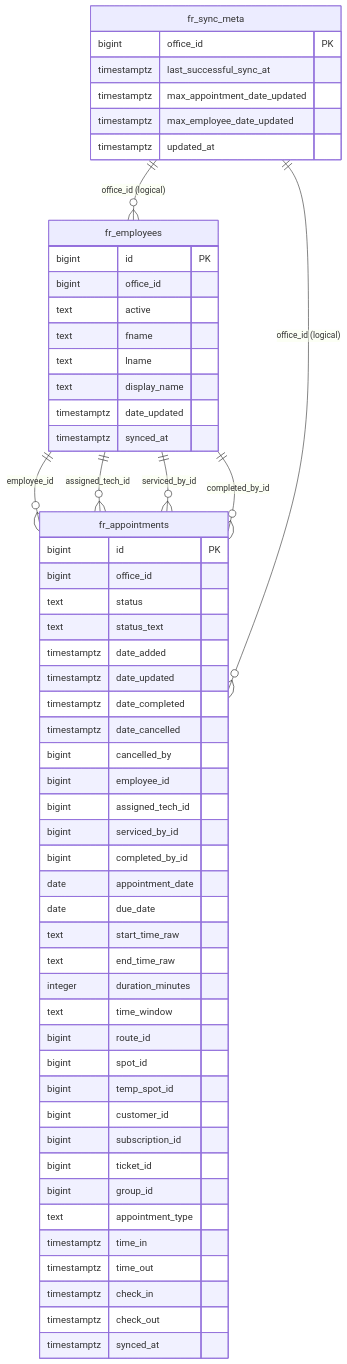
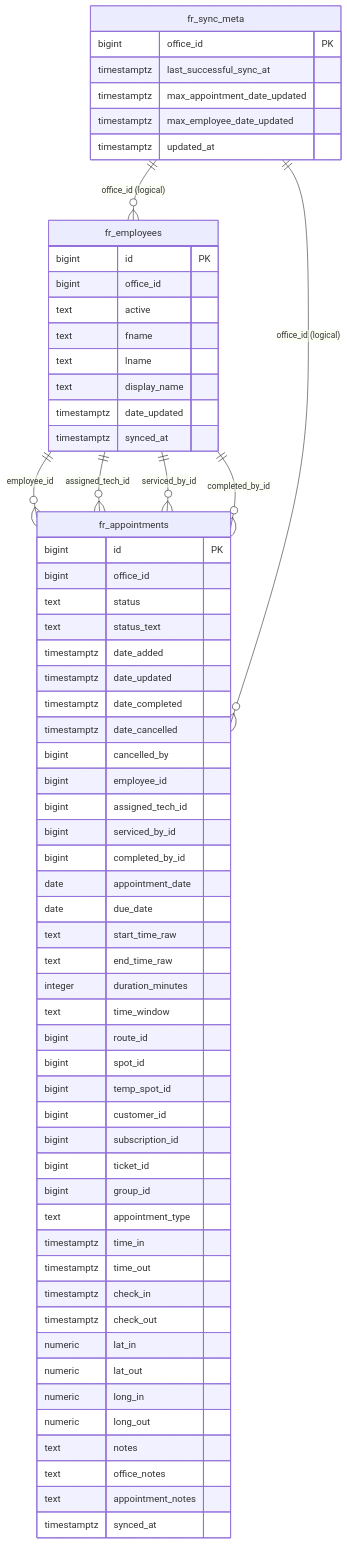
The diagram in supabase/FR_WORKFLOW_SCHEMA_VISUAL.md (Welaunch-AI/proforce-map), drawn with Mermaid before and after one commit. The commit also changed other lines of this file and 6 other files, not shown here.

````diff
--- a/supabase/FR_WORKFLOW_SCHEMA_VISUAL.md
+++ b/supabase/FR_WORKFLOW_SCHEMA_VISUAL.md
@@ -9,63 +12,70 @@
 ```mermaid
 erDiagram
   fr_employees {
     bigint id PK
     bigint office_id
     text active
     text fname
     text lname
     text display_name
     timestamptz date_updated
     timestamptz synced_at
   }
 
   fr_appointments {
     bigint id PK
     bigint office_id
     text status
     text status_text
     timestamptz date_added
     timestamptz date_updated
     timestamptz date_completed
     timestamptz date_cancelled
     bigint cancelled_by
     bigint employee_id
     bigint assigned_tech_id
     bigint serviced_by_id
     bigint completed_by_id
     date appointment_date
     date due_date
     text start_time_raw
     text end_time_raw
     integer duration_minutes
     text time_window
     bigint route_id
     bigint spot_id
     bigint temp_spot_id
     bigint customer_id
     bigint subscription_id
     bigint ticket_id
     bigint group_id
     text appointment_type
     timestamptz time_in
     timestamptz time_out
     timestamptz check_in
     timestamptz check_out
+    numeric lat_in
+    numeric lat_out
+    numeric long_in
+    numeric long_out
+    text notes
+    text office_notes
+    text appointment_notes
     timestamptz synced_at
   }
 
   fr_sync_meta {
     bigint office_id PK
     timestamptz last_successful_sync_at
     timestamptz max_appointment_date_updated
     timestamptz max_employee_date_updated
     timestamptz updated_at
   }
 
   fr_employees ||--o{ fr_appointments : "employee_id"
   fr_employees ||--o{ fr_appointments : "assigned_tech_id"
   fr_employees ||--o{ fr_appointments : "serviced_by_id"
   fr_employees ||--o{ fr_appointments : "completed_by_id"
   fr_sync_meta ||--o{ fr_appointments : "office_id (logical)"
   fr_sync_meta ||--o{ fr_employees : "office_id (logical)"
 ```
````
